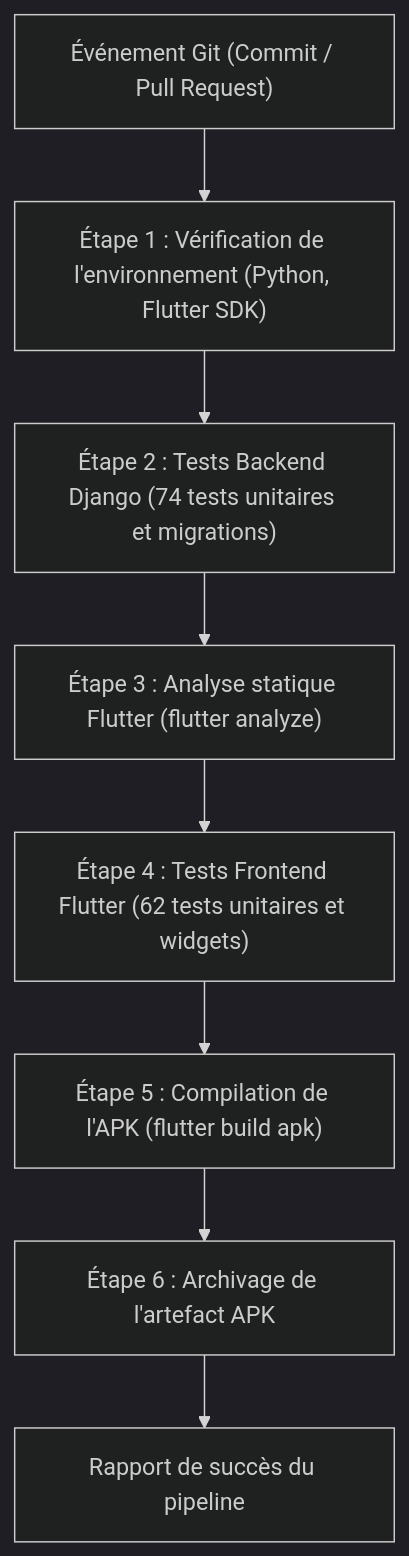
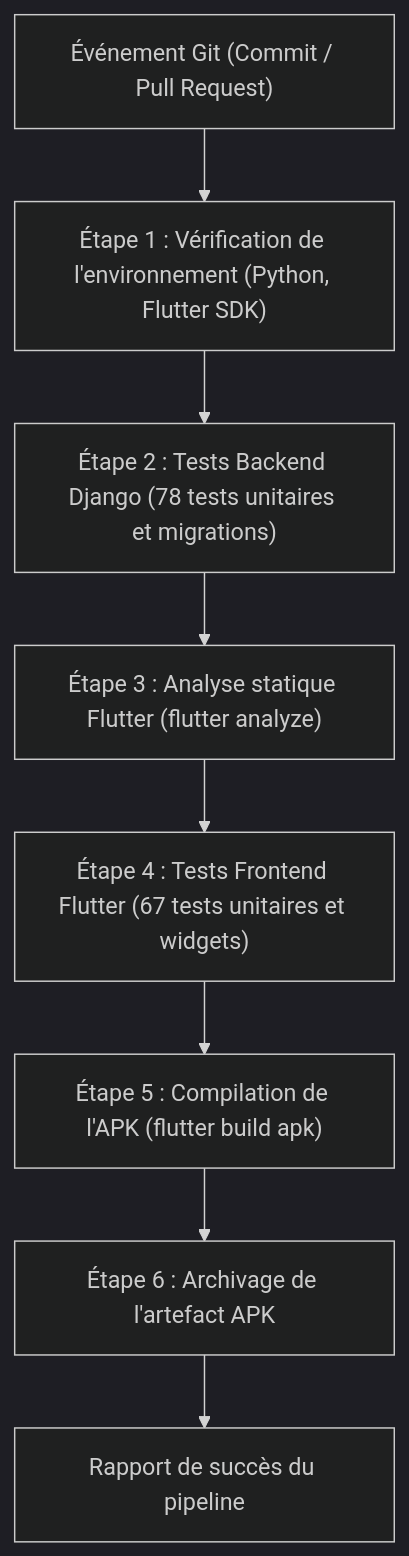
Before and after one commit to fadelilyas01/Projet_Synthese: the diagram in docs/DEPLOIEMENT_ET_CI_CD.md, drawn with Mermaid (dark theme). The commit also changed other lines of this file and 6 other files, not shown here.

````diff
--- a/docs/DEPLOIEMENT_ET_CI_CD.md
+++ b/docs/DEPLOIEMENT_ET_CI_CD.md
@@ -160,10 +160,10 @@
 ```mermaid
 flowchart TD
     A["Événement Git (Commit / Pull Request)"] --> B["Étape 1 : Vérification de l'environnement (Python, Flutter SDK)"]
-    B --> C["Étape 2 : Tests Backend Django (74 tests unitaires et migrations)"]
+    B --> C["Étape 2 : Tests Backend Django (78 tests unitaires et migrations)"]
     C --> D["Étape 3 : Analyse statique Flutter (flutter analyze)"]
-    D --> E["Étape 4 : Tests Frontend Flutter (62 tests unitaires et widgets)"]
+    D --> E["Étape 4 : Tests Frontend Flutter (67 tests unitaires et widgets)"]
     E --> F["Étape 5 : Compilation de l'APK (flutter build apk)"]
     F --> G["Étape 6 : Archivage de l'artefact APK"]
     G --> H["Rapport de succès du pipeline"]
 ```
````
